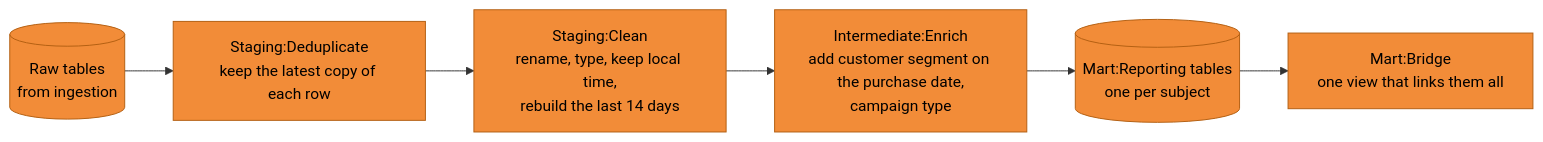
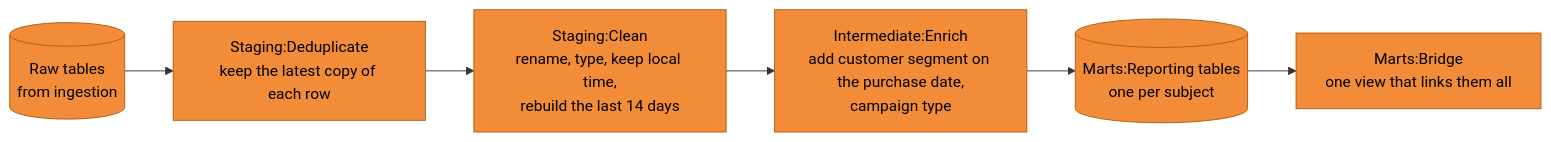
One commit to antipev/sql_preparation changed diagram 12 of 20 in Project_Portfolio/Project 1/Project_1.md. Above: the diagram before and after it, drawn with Mermaid.

````diff
--- a/Project_Portfolio/Project 1/Project_1.md
+++ b/Project_Portfolio/Project 1/Project_1.md
@@ -746,11 +746,11 @@
 ```mermaid
 flowchart LR
     A[("Raw tables<br/>from ingestion")] --> B["Staging:Deduplicate<br/>keep the latest copy of each row"]
     B --> C["Staging:Clean<br/>rename, type, keep local time,<br/>rebuild the last 14 days"]
     C --> D["Intermediate:Enrich<br/>add customer segment on the purchase date,<br/>campaign type"]
-    D --> E[("Mart:Reporting tables<br/>one per subject")]
-    E --> F["Mart:Bridge<br/>one view that links them all"]
+    D --> E[("Marts:Reporting tables<br/>one per subject")]
+    E --> F["Marts:Bridge<br/>one view that links them all"]
 
     classDef skip fill:#F28C38,stroke:#B35F12,color:#000
     class A,B,C,D,E,F skip
 ```
````
